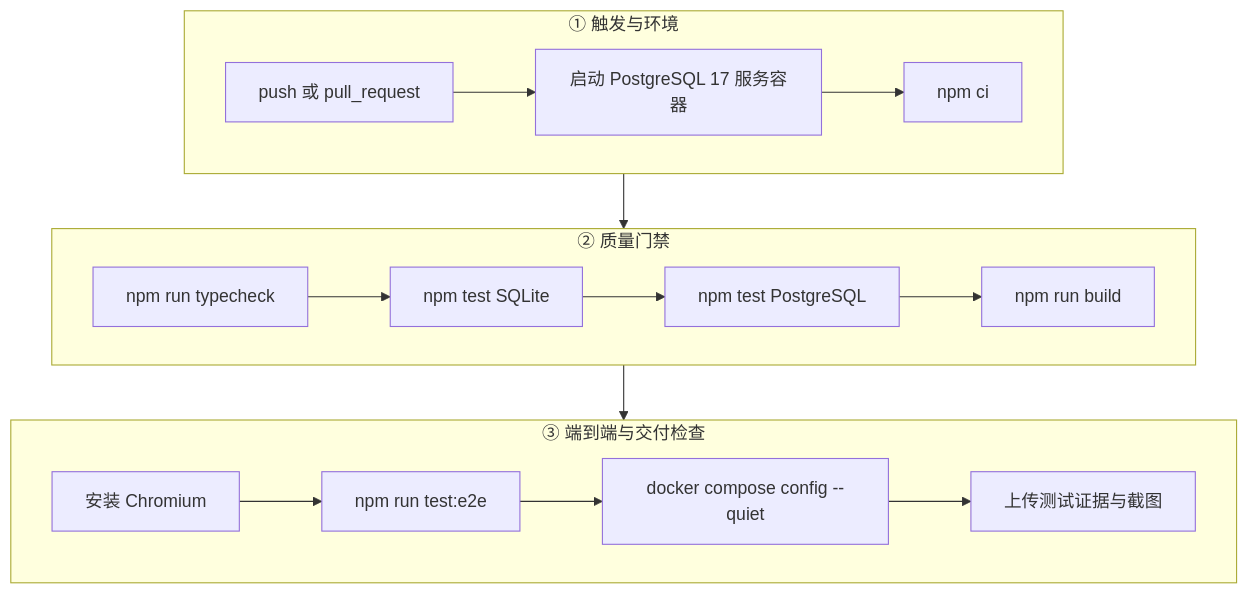
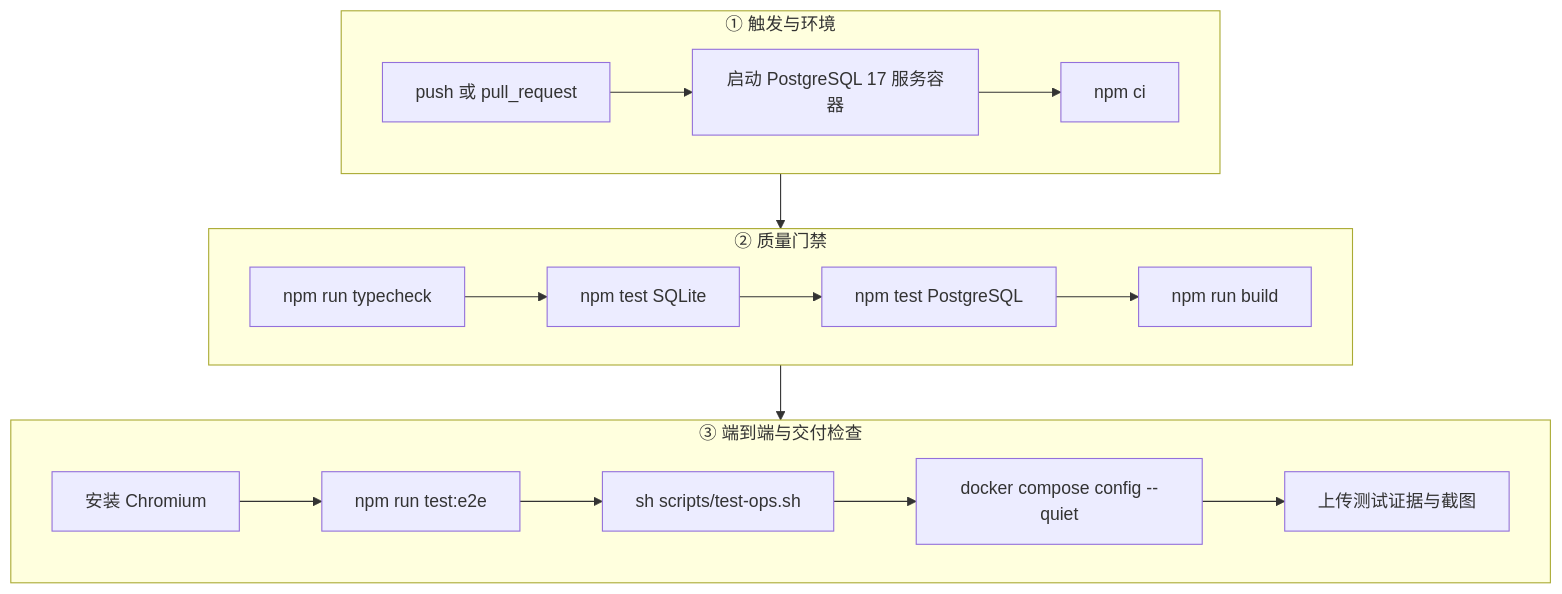
One commit to Weishi-corroding/freshmarket-platform changed diagram 13 of 13 in docs/design.md. Above: the diagram before and after it, drawn with Mermaid. The commit also changed other lines of this file and 67 other files, not shown here.

````diff
--- a/docs/design.md
+++ b/docs/design.md
@@ -1283,16 +899,16 @@
 ```mermaid
 flowchart TB
   subgraph G1["① 触发与环境"]
     direction LR
     T["push 或 pull_request"] --> S["启动 PostgreSQL 17 服务容器"] --> I["npm ci"]
   end
   subgraph G2["② 质量门禁"]
     direction LR
     C["npm run typecheck"] --> U1["npm test SQLite"] --> U2["npm test PostgreSQL"] --> B["npm run build"]
   end
   subgraph G3["③ 端到端与交付检查"]
     direction LR
-    P["安装 Chromium"] --> E["npm run test:e2e"] --> D["docker compose config --quiet"] --> R["上传测试证据与截图"]
+    P["安装 Chromium"] --> E["npm run test:e2e"] --> O["sh scripts/test-ops.sh"] --> D["docker compose config --quiet"] --> R["上传测试证据与截图"]
   end
   G1 --> G2 --> G3
 ```
````
